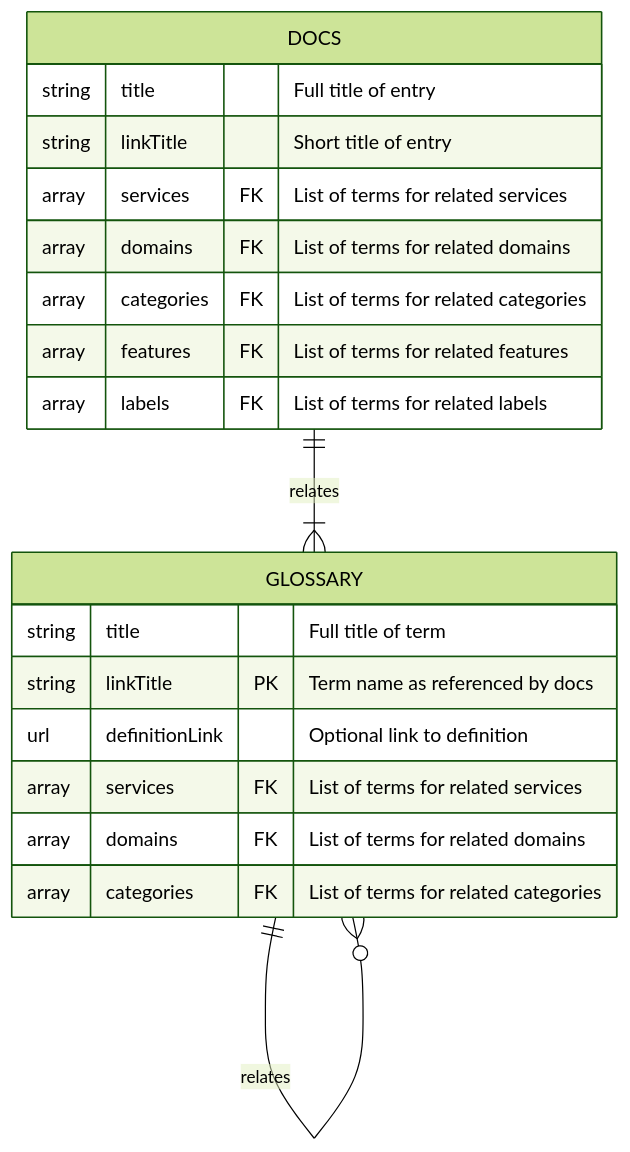
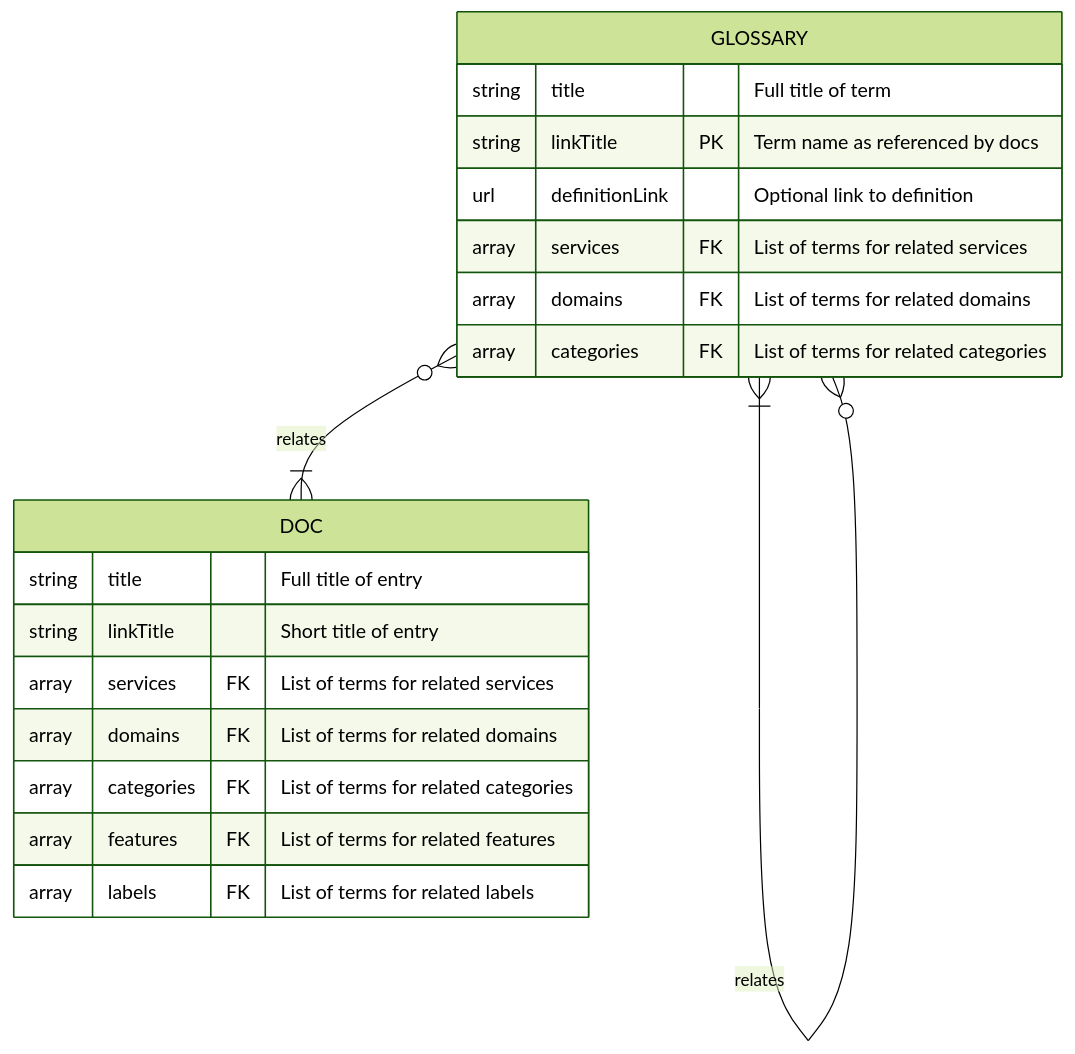
The fourth of 4 diagrams in en/pages/data-model.md (lexical-cloud/lexical-cloud-docs), drawn with Mermaid (forest theme) before and after one commit. The commit also changed other lines of this file, not shown here.

````diff
--- a/en/pages/data-model.md
+++ b/en/pages/data-model.md
@@ -101,22 +113,22 @@
 ```mermaid
 erDiagram
-    DOCS ||--|{ GLOSSARY : relates
-    DOCS {
+    GLOSSARY }|--o{ GLOSSARY : relates
+    GLOSSARY {
+        string title "Full title of term"
+        string linkTitle PK "Term name as referenced by docs"
+        url definitionLink "Optional link to definition"
+        array services FK "List of terms for related services"
+        array domains FK "List of terms for related domains"
+        array categories FK "List of terms for related categories"
+    }
+    GLOSSARY }o--|{ DOC : relates
+    DOC {
         string title "Full title of entry"
         string linkTitle "Short title of entry"
         array services FK "List of terms for related services"
         array domains FK "List of terms for related domains"
         array categories FK "List of terms for related categories"
         array features FK "List of terms for related features"
         array labels FK "List of terms for related labels"
     }
-    GLOSSARY ||--o{ GLOSSARY : relates
-    GLOSSARY {
-        string title "Full title of term"
-        string linkTitle PK "Term name as referenced by docs"
-        url definitionLink "Optional link to definition"
-        array services FK "List of terms for related services"
-        array domains FK "List of terms for related domains"
-        array categories FK "List of terms for related categories"
-    }
 ```
````
